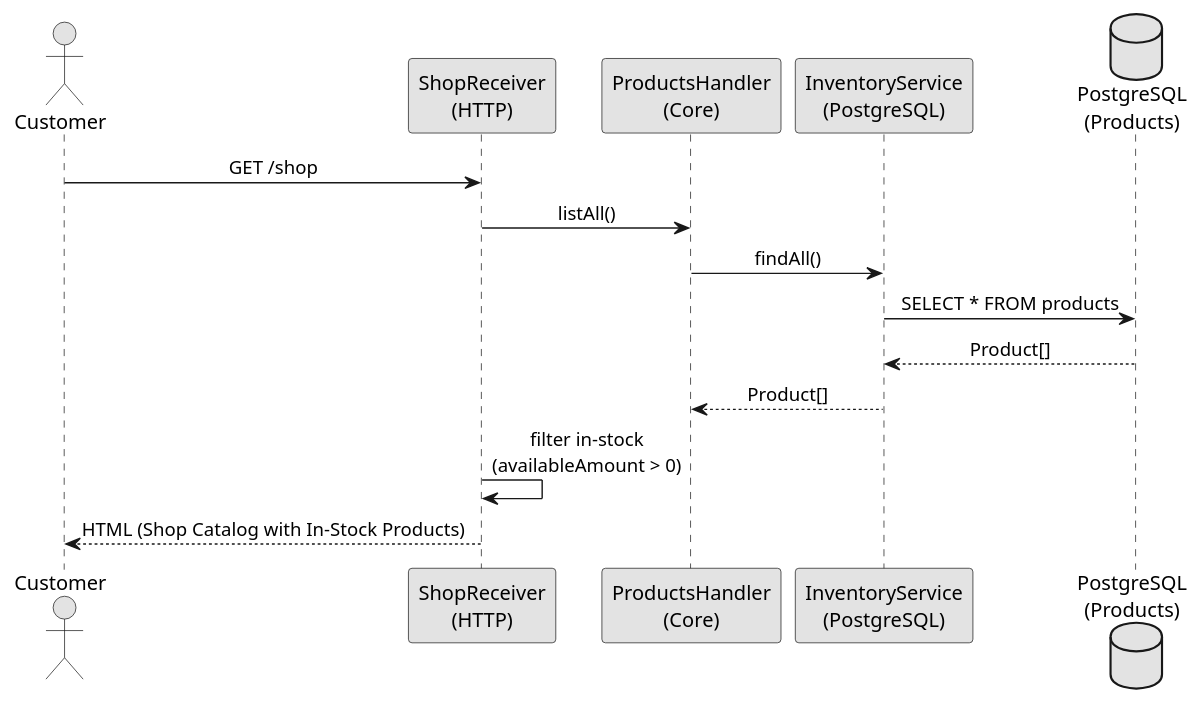
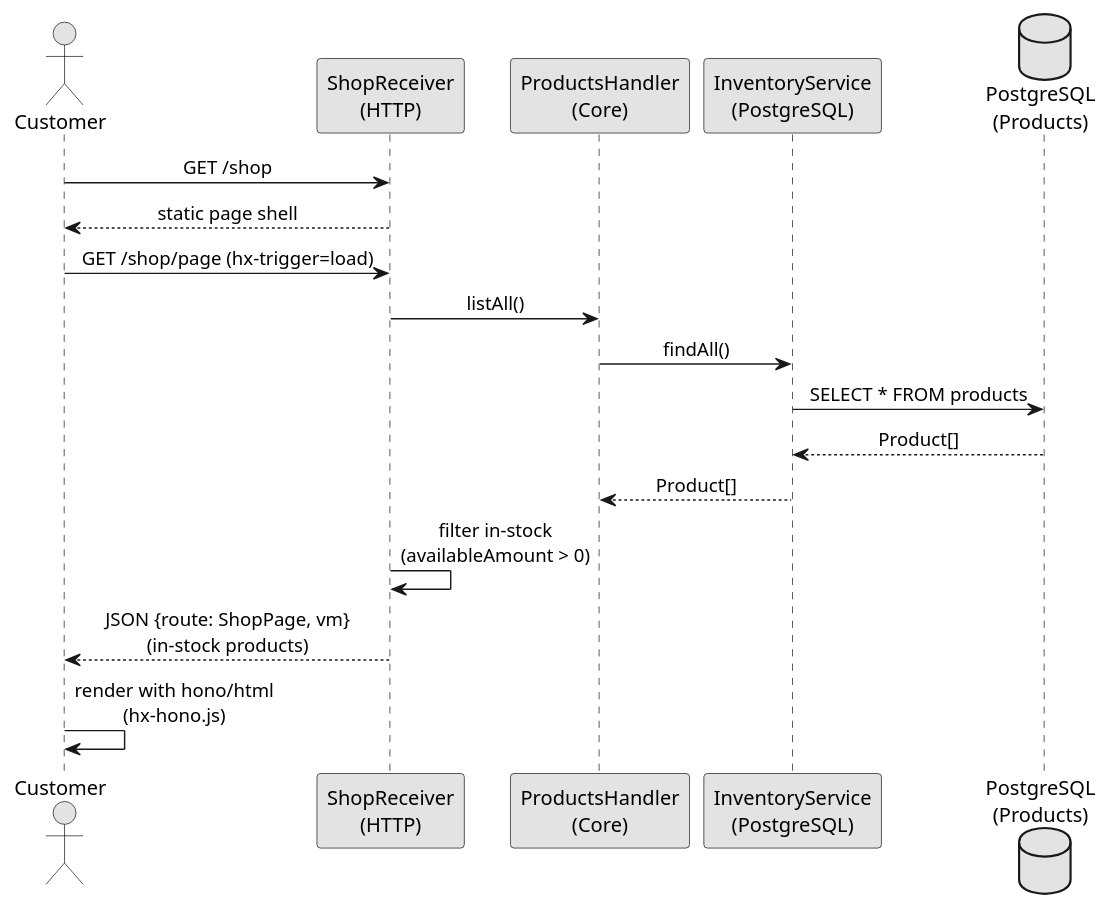
The diagram in docs/architecture/flows/shop-get-catalog.puml (svene/2026-07-26_quarkus-hexagon-demo-mm-per-tech), drawn with PlantUML before and after one commit. The commit also changed 45 other files, not shown here.

```diff
--- a/docs/architecture/flows/shop-get-catalog.puml
+++ b/docs/architecture/flows/shop-get-catalog.puml
@@ -1,21 +1,24 @@
 @startuml shop_get_catalog
 skinparam monochrome true
 skinparam sequenceMessageAlign center
 skinparam backgroundColor #ffffff
 
 actor "Customer" as user
 participant "ShopReceiver\n(HTTP)" as receiver
 participant "ProductsHandler\n(Core)" as handler
 participant "InventoryService\n(PostgreSQL)" as inventory
 database "PostgreSQL\n(Products)" as db
 
 user -> receiver: GET /shop
+receiver --> user: static page shell
+user -> receiver: GET /shop/page (hx-trigger=load)
 receiver -> handler: listAll()
 handler -> inventory: findAll()
 inventory -> db: SELECT * FROM products
 db --> inventory: Product[]
 inventory --> handler: Product[]
 receiver -> receiver: filter in-stock\n(availableAmount > 0)
-receiver --> user: HTML (Shop Catalog with In-Stock Products)
+receiver --> user: JSON {route: ShopPage, vm}\n(in-stock products)
+user -> user: render with hono/html\n(hx-hono.js)
 
 @enduml
```
